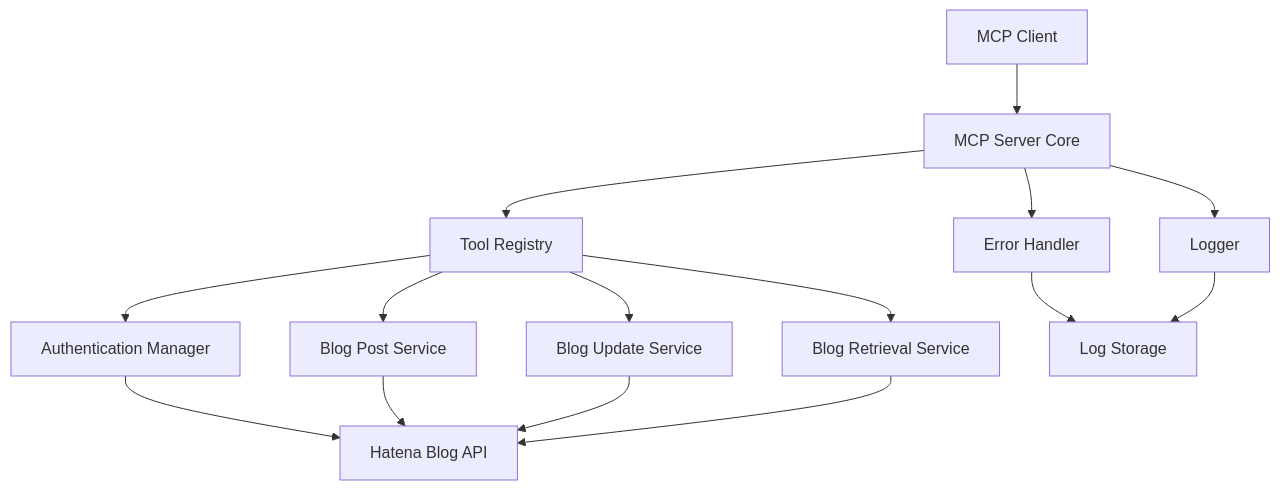
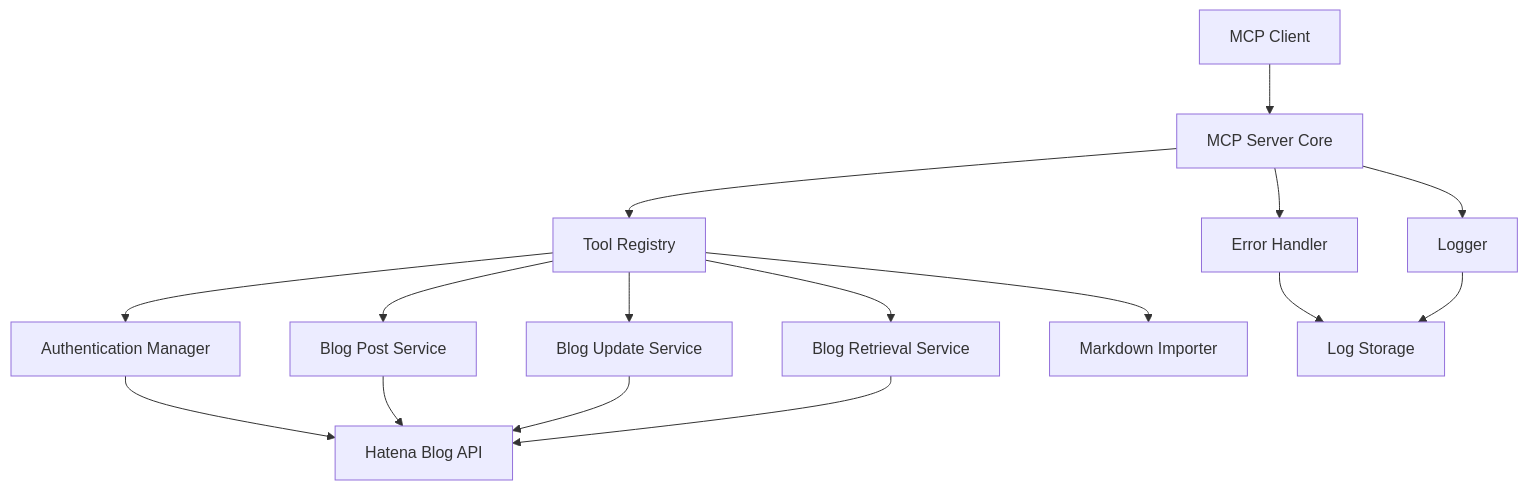
The first of 6 diagrams in .kiro/specs/hatena-blog-mcp-server/design.md (YusukeHayashiii/hatena-mcp-server), drawn with Mermaid before and after one commit. The commit also changed other lines of this file and 15 other files, not shown here.

````diff
--- a/.kiro/specs/hatena-blog-mcp-server/design.md
+++ b/.kiro/specs/hatena-blog-mcp-server/design.md
@@ -29,17 +29,18 @@
 ```mermaid
 graph TB
     A[MCP Client] --> B[MCP Server Core]
     B --> C[Tool Registry]
     C --> D[Authentication Manager]
     C --> E[Blog Post Service]
     C --> F[Blog Update Service]
     C --> G[Blog Retrieval Service]
     D --> H[Hatena Blog API]
     E --> H
     F --> H
     G --> H
     B --> I[Error Handler]
     B --> J[Logger]
     I --> K[Log Storage]
     J --> K
+    C --> L[Markdown Importer]
 ```
````
